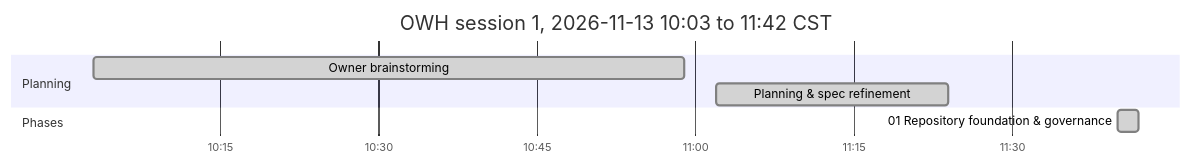
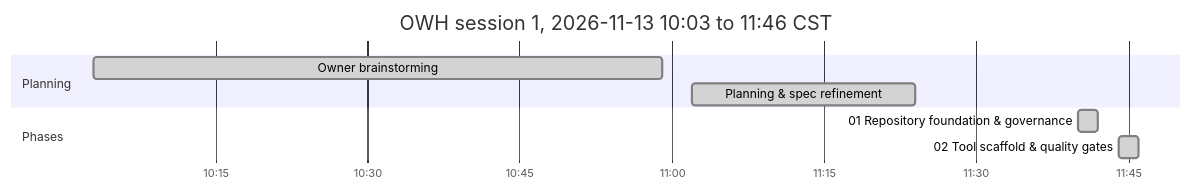
Before and after one commit to antonizick/OpenWebUI: the diagram in OWH_IMPLEMENTATION_PLAN.md, drawn with Mermaid. The commit also changed other lines of this file and 1 other file, not shown here.

Commit message:
docs(plan): refresh timeline

````diff
--- a/OWH_IMPLEMENTATION_PLAN.md
+++ b/OWH_IMPLEMENTATION_PLAN.md
@@ -48,11 +48,12 @@
 ```mermaid
 gantt
-    title OWH session 1, 2026-11-13 10:03 to 11:42 CST
+    title OWH session 1, 2026-11-13 10:03 to 11:46 CST
     dateFormat YYYY-MM-DD HH:mm
     axisFormat %H:%M
     section Planning
     Owner brainstorming :done, plan1, 2026-11-13 10:03, 2026-11-13 10:59
     Planning & spec refinement :done, p00, 2026-11-13 11:02, 2026-11-13 11:24
     section Phases
     01 Repository foundation & governance :done, p01s1, 2026-11-13 11:40, 2026-11-13 11:42
+    02 Tool scaffold & quality gates :done, p02s1, 2026-11-13 11:44, 2026-11-13 11:46
 ```
````
